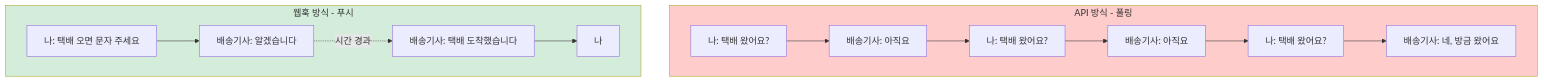
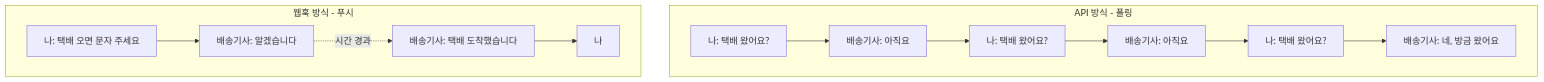
Before and after one commit to Kanghyeop/pages-book-agent101: the second of 8 diagrams in 02-literacy/26-nocode.md, drawn with Mermaid. The commit also changed 5 other files, not shown here.

Commit message:
fix: Mermaid GitHub 호환성 수정

````diff
--- a/02-literacy/26-nocode.md
+++ b/02-literacy/26-nocode.md
@@ -46,19 +46,16 @@
 ```mermaid
 flowchart TB
     subgraph Polling[API 방식 - 폴링]
         A1["나: 택배 왔어요?"] --> B1["배송기사: 아직요"]
         B1 --> A2["나: 택배 왔어요?"]
         A2 --> B2["배송기사: 아직요"]
         B2 --> A3["나: 택배 왔어요?"]
         A3 --> B3["배송기사: 네, 방금 왔어요"]
     end
 
     subgraph Push[웹훅 방식 - 푸시]
         C1["나: 택배 오면 문자 주세요"] --> D1["배송기사: 알겠습니다"]
         D1 -.->|시간 경과| D2["배송기사: 택배 도착했습니다"]
         D2 --> C2[나]
     end
-
-    style Polling fill:#FFCCCC
-    style Push fill:#D4EDDA
 ```
````
